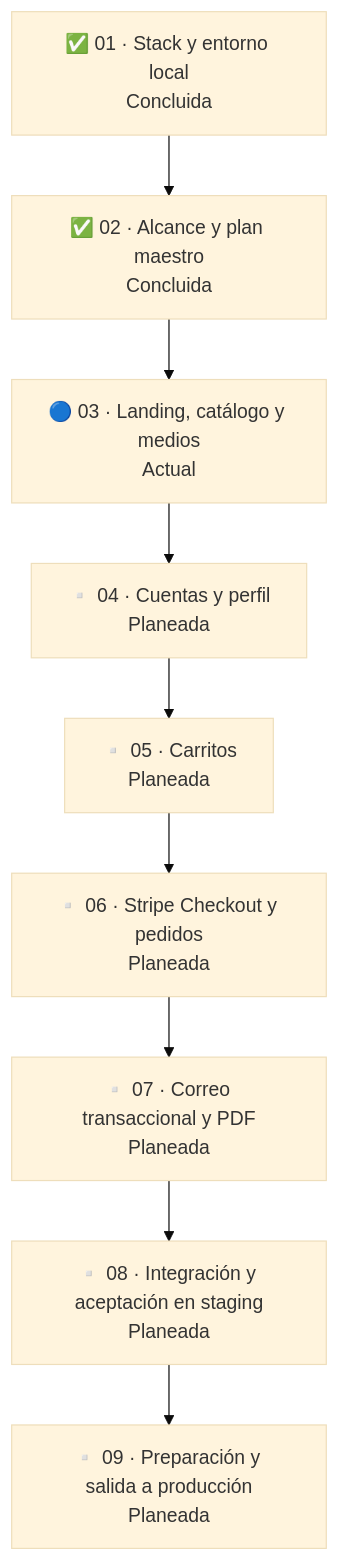
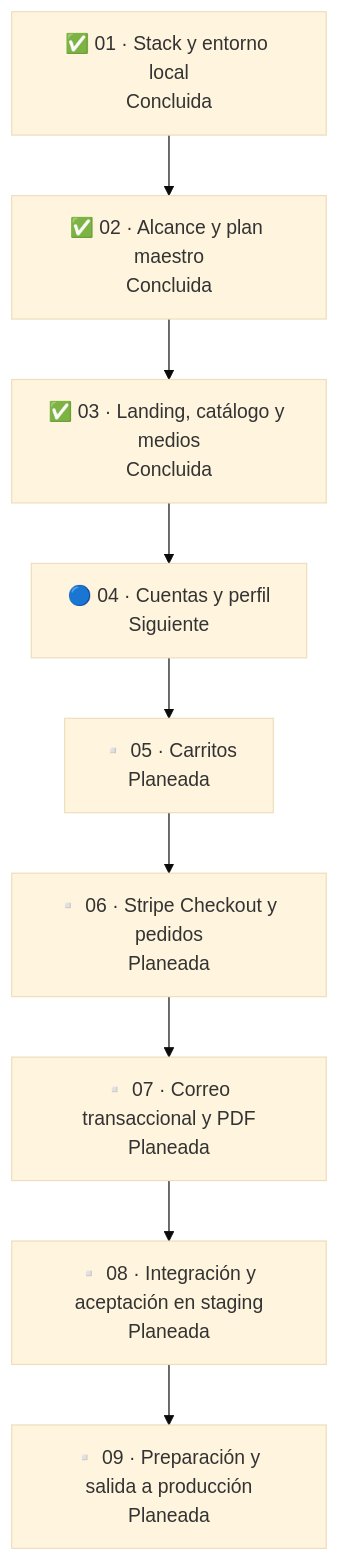
Before and after one commit to sadamlg/sr_del_mictlan_mezcal: the diagram in docs/ROADMAP.md, drawn with Mermaid (base theme). The commit also changed other lines of this file, not shown here.

Commit message:
docs: close phase three in roadmap

````diff
--- a/docs/ROADMAP.md
+++ b/docs/ROADMAP.md
@@ -7,11 +7,11 @@
 ```mermaid
 flowchart TB
     p01["✅ 01 · Stack y entorno local<br/>Concluida"] --> p02["✅ 02 · Alcance y plan maestro<br/>Concluida"]
-    p02 --> p03["🔵 03 · Landing, catálogo y medios<br/>Actual"]
-    p03 --> p04["▫️ 04 · Cuentas y perfil<br/>Planeada"]
+    p02 --> p03["✅ 03 · Landing, catálogo y medios<br/>Concluida"]
+    p03 --> p04["🔵 04 · Cuentas y perfil<br/>Siguiente"]
     p04 --> p05["▫️ 05 · Carritos<br/>Planeada"]
     p05 --> p06["▫️ 06 · Stripe Checkout y pedidos<br/>Planeada"]
     p06 --> p07["▫️ 07 · Correo transaccional y PDF<br/>Planeada"]
     p07 --> p08["▫️ 08 · Integración y aceptación en staging<br/>Planeada"]
     p08 --> p09["▫️ 09 · Preparación y salida a producción<br/>Planeada"]
 ```
````
